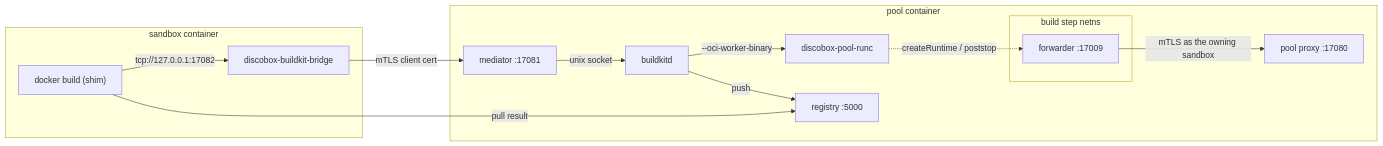
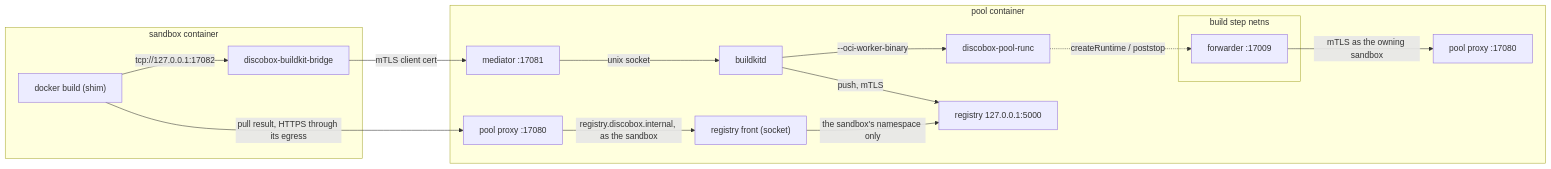
Before and after one commit to discobox-ai/discobox: diagram 13 of 13 in pool-agent/DESIGN.md, drawn with Mermaid. The commit also changed other lines of this file and 52 other files, not shown here.

````diff
--- a/pool-agent/DESIGN.md
+++ b/pool-agent/DESIGN.md
@@ -1915,18 +1915,20 @@
 ```mermaid
 flowchart LR
     subgraph sandbox["sandbox container"]
         cli["docker build (shim)"] -->|"tcp://127.0.0.1:17082"| sbridge["discobox-buildkit-bridge"]
     end
     subgraph pool["pool container"]
         sbridge -->|"mTLS client cert"| med["mediator :17081"]
         med -->|"unix socket"| bkd["buildkitd"]
         bkd -->|"--oci-worker-binary"| wrap["discobox-pool-runc"]
         subgraph step["build step netns"]
             fwd["forwarder :17009"]
         end
         wrap -.->|"createRuntime / poststop"| fwd
         fwd -->|"mTLS as the owning sandbox"| wproxy["pool proxy :17080"]
-        bkd -->|"push"| reg["registry :5000"]
+        bkd -->|"push, mTLS"| reg["registry 127.0.0.1:5000"]
+        front["registry front (socket)"] -->|"the sandbox's namespace only"| reg
+        pproxy["pool proxy :17080"] -->|"registry.discobox.internal, as the sandbox"| front
     end
-    cli -->|"pull result"| reg
+    cli -->|"pull result, HTTPS through its egress"| pproxy
 ```
````
